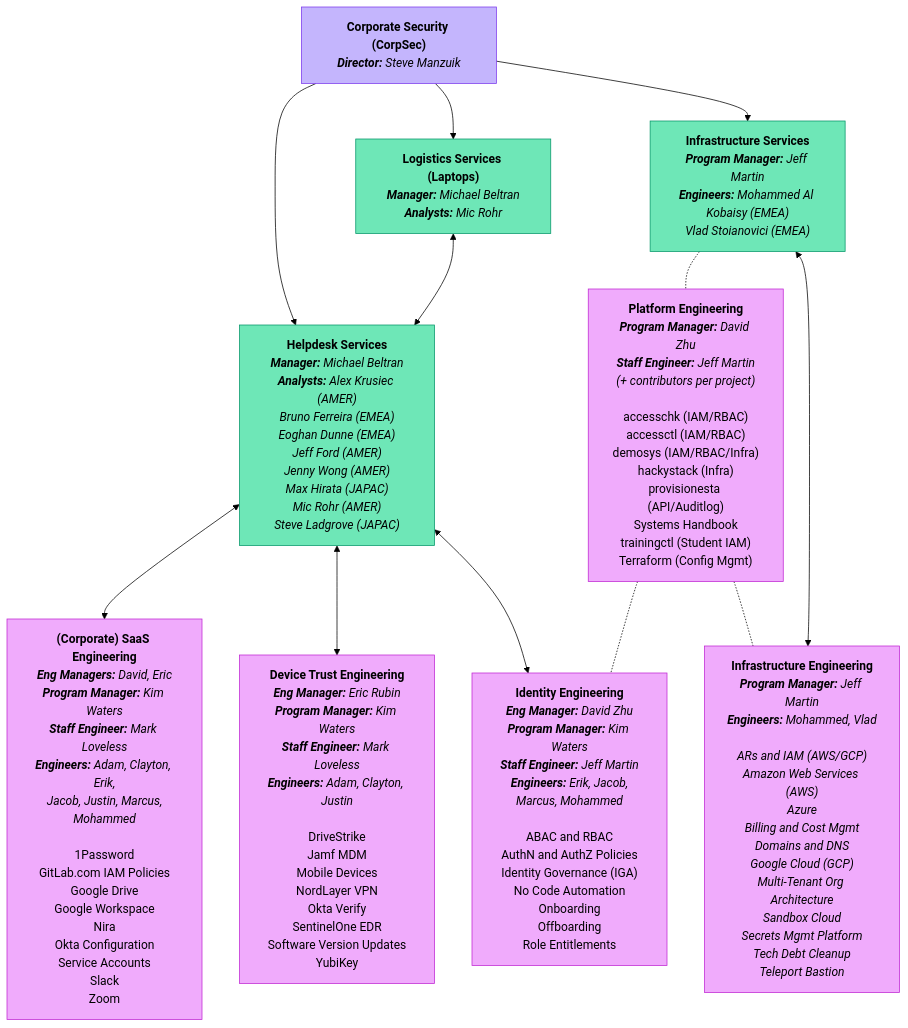
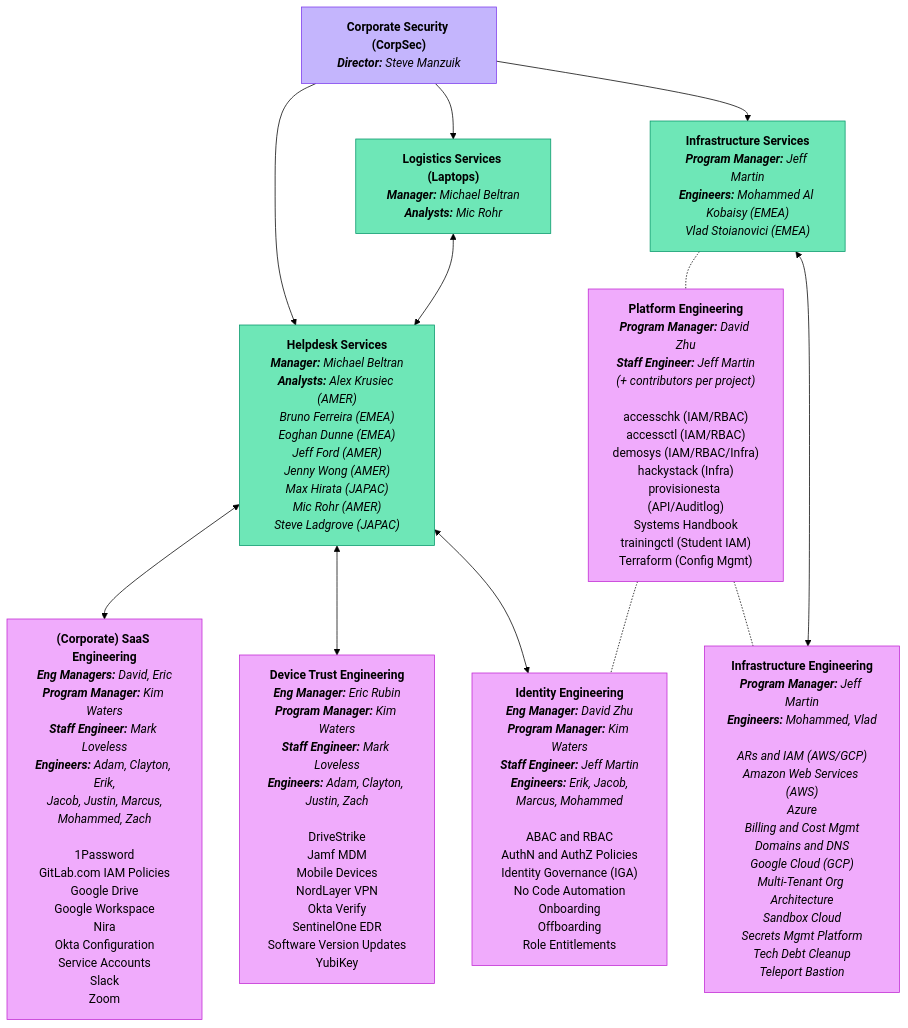
Before and after one commit to moliver28/research-handbook: the first of 2 diagrams in content/handbook/security/corporate/team/_index.md, drawn with Mermaid (forest theme). The commit also changed other lines of this file and 1 other file, not shown here.

````diff
--- a/content/handbook/security/corporate/team/_index.md
+++ b/content/handbook/security/corporate/team/_index.md
@@ -466,44 +485,44 @@
 ```mermaid
 graph TB
 
 CORPSEC_SVC["<b>Corporate Security (CorpSec)</b><br><i><b>Director:</b> Steve Manzuik</i>"]:::violet
 
 CORPSEC_SVC_HELPDESK["<b>Helpdesk Services</b><br><i><b>Manager:</b> Michael Beltran</i><br><i><b>Analysts:</b> Alex Krusiec (AMER)<br>Bruno Ferreira (EMEA)<br>Eoghan Dunne (EMEA)<br>Jeff Ford (AMER)<br>Jenny Wong (AMER)<br>Max Hirata (JAPAC)<br>Mic Rohr (AMER)<br>Steve Ladgrove (JAPAC)"]:::emerald
 CORPSEC_SVC_LOGISTICS["<b>Logistics Services (Laptops)</b><br><i><b>Manager:</b> Michael Beltran</i><br><i><b>Analysts:</b> Mic Rohr</i>"]:::emerald
 CORPSEC_SVC_INFRA["<b>Infrastructure Services</b><br><i><b>Program Manager:</b> Jeff Martin</i><br><i><b>Engineers:</b> Mohammed Al Kobaisy (EMEA)<br>Vlad Stoianovici (EMEA)"]:::emerald
 
-CORPSEC_ENG_SAAS["<b>(Corporate) SaaS Engineering</b><br><i><b>Eng Managers:</b> David, Eric</i><br><i><b>Program Manager:</b> Kim Waters</i><br><i><b>Staff Engineer:</b> Mark Loveless</i><br><i><b>Engineers:</b> Adam, Clayton, Erik,<br> Jacob, Justin, Marcus, Mohammed</i><br><br>1Password<br>GitLab.com IAM Policies<br>Google Drive<br>Google Workspace<br>Nira<br>Okta Configuration<br>Service Accounts<br>Slack<br>Zoom"]:::fuchsia
-CORPSEC_ENG_DEVICE["<b>Device Trust Engineering</b><br><i><b>Eng Manager:</b> Eric Rubin</i><br><i><b>Program Manager:</b> Kim Waters</i><br><i><b>Staff Engineer:</b> Mark Loveless</i><br><i><b>Engineers:</b> Adam, Clayton, Justin</i><br><br>DriveStrike<br>Jamf MDM<br>Mobile Devices<br>NordLayer VPN<br>Okta Verify<br>SentinelOne EDR<br>Software Version Updates<br>YubiKey"]:::fuchsia
+CORPSEC_ENG_SAAS["<b>(Corporate) SaaS Engineering</b><br><i><b>Eng Managers:</b> David, Eric</i><br><i><b>Program Manager:</b> Kim Waters</i><br><i><b>Staff Engineer:</b> Mark Loveless</i><br><i><b>Engineers:</b> Adam, Clayton, Erik,<br> Jacob, Justin, Marcus, Mohammed, Zach</i><br><br>1Password<br>GitLab.com IAM Policies<br>Google Drive<br>Google Workspace<br>Nira<br>Okta Configuration<br>Service Accounts<br>Slack<br>Zoom"]:::fuchsia
+CORPSEC_ENG_DEVICE["<b>Device Trust Engineering</b><br><i><b>Eng Manager:</b> Eric Rubin</i><br><i><b>Program Manager:</b> Kim Waters</i><br><i><b>Staff Engineer:</b> Mark Loveless</i><br><i><b>Engineers:</b> Adam, Clayton, Justin, Zach</i><br><br>DriveStrike<br>Jamf MDM<br>Mobile Devices<br>NordLayer VPN<br>Okta Verify<br>SentinelOne EDR<br>Software Version Updates<br>YubiKey"]:::fuchsia
 CORPSEC_ENG_IDENTITY["<b>Identity Engineering</b><br><i><b>Eng Manager:</b> David Zhu</i><br><i><b>Program Manager:</b> Kim Waters</i><br><i><b>Staff Engineer:</b> Jeff Martin</i><br><i><b>Engineers:</b> Erik, Jacob,<br>Marcus, Mohammed</i><br><br>ABAC and RBAC<br>AuthN and AuthZ Policies<br>Identity Governance (IGA)<br>No Code Automation<br>Onboarding<br>Offboarding<br>Role Entitlements"]:::fuchsia
 CORPSEC_ENG_INFRA["<b>Infrastructure Engineering</b><br><i><b>Program Manager:</b> Jeff Martin</i><br><i><b>Engineers:</b> Mohammed, Vlad<br><br>ARs and IAM (AWS/GCP)<br>Amazon Web Services (AWS)<br>Azure<br>Billing and Cost Mgmt<br>Domains and DNS<br>Google Cloud (GCP)<br>Multi-Tenant Org Architecture<br>Sandbox Cloud<br>Secrets Mgmt Platform<br>Tech Debt Cleanup<br>Teleport Bastion"]:::fuchsia
 CORPSEC_ENG_PLATFORM["<b>Platform Engineering</b><br><i><b>Program Manager:</b> David Zhu</i><br><i><b>Staff Engineer:</b> Jeff Martin</i><br><i>(+ contributors per project)</i><br><br>accesschk (IAM/RBAC)<br>accessctl (IAM/RBAC)<br>demosys (IAM/RBAC/Infra)<br>hackystack (Infra)<br>provisionesta (API/Auditlog)<br>Systems Handbook<br>trainingctl (Student IAM)<br>Terraform (Config Mgmt)"]:::fuchsia
 
 CORPSEC_SVC --> CORPSEC_SVC_HELPDESK
 CORPSEC_SVC --> CORPSEC_SVC_LOGISTICS
 CORPSEC_SVC --> CORPSEC_SVC_INFRA
 CORPSEC_SVC_HELPDESK <--> CORPSEC_ENG_SAAS
 CORPSEC_SVC_HELPDESK <--> CORPSEC_ENG_DEVICE
 CORPSEC_SVC_HELPDESK <--> CORPSEC_ENG_IDENTITY
 CORPSEC_SVC_LOGISTICS <--> CORPSEC_SVC_HELPDESK
 %% CORPSEC_ENG -.- CORPSEC_ENG_SAAS
 %% CORPSEC_ENG -.- CORPSEC_ENG_DEVICE
 %% CORPSEC_ENG -.- CORPSEC_ENG_IDENTITY
 %% CORPSEC_ENG -.- CORPSEC_ENG_INFRA
 %% CORPSEC_ENG -.- CORPSEC_ENG_PLATFORM
 CORPSEC_SVC_INFRA -.- CORPSEC_ENG_PLATFORM
 CORPSEC_ENG_PLATFORM -.- CORPSEC_ENG_IDENTITY
 CORPSEC_ENG_PLATFORM -.- CORPSEC_ENG_INFRA
 CORPSEC_SVC_INFRA <--> CORPSEC_ENG_INFRA
 %% CORPSEC_ENG_IDENTITY -.- CORPSEC_ENG_PLATFORM
 %% CORPSEC_ENG_INFRA -.- CORPSEC_ENG_PLATFORM
 
 classDef slate fill:#cbd5e1,stroke:#475569,stroke-width:1px;
 classDef red fill:#fca5a5,stroke:#dc2626,stroke-width:1px;
 classDef orange fill:#fdba74,stroke:#ea580c,stroke-width:1px;
 classDef yellow fill:#fcd34d,stroke:#ca8a04,stroke-width:1px;
 classDef emerald fill:#6ee7b7,stroke:#059669,stroke-width:1px;
 classDef cyan fill:#67e8f9,stroke:#0891b2,stroke-width:1px;
 classDef sky fill:#7dd3fc,stroke:#0284c7,stroke-width:1px;
 classDef violet fill:#c4b5fd,stroke:#7c3aed,stroke-width:1px;
 classDef fuchsia fill:#f0abfc,stroke:#c026d3,stroke-width:1px;
 ```
````
